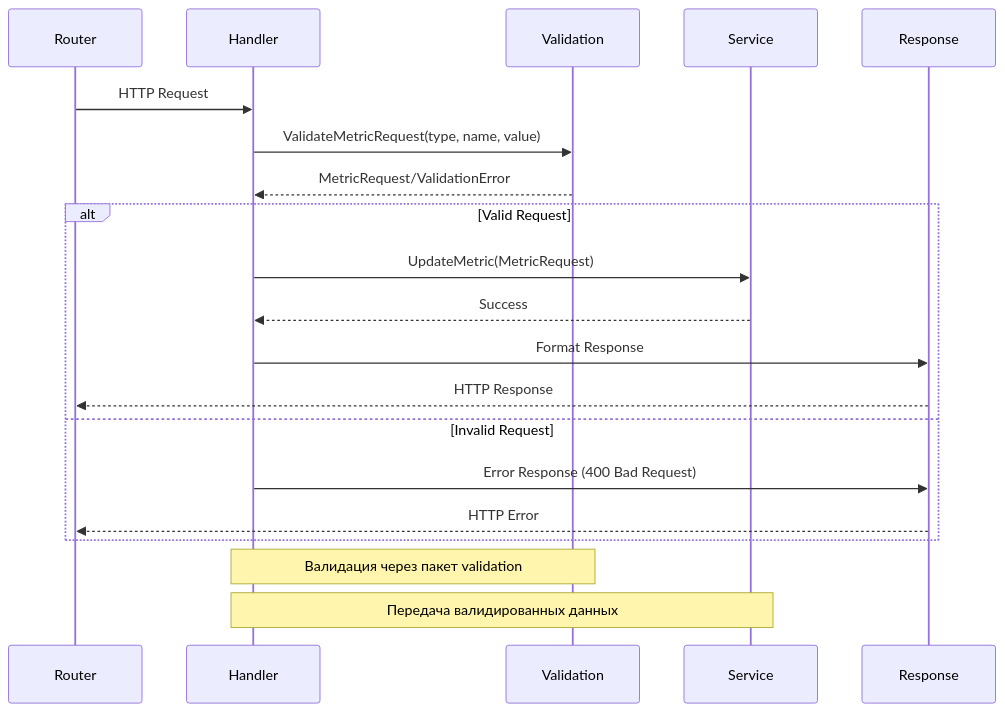
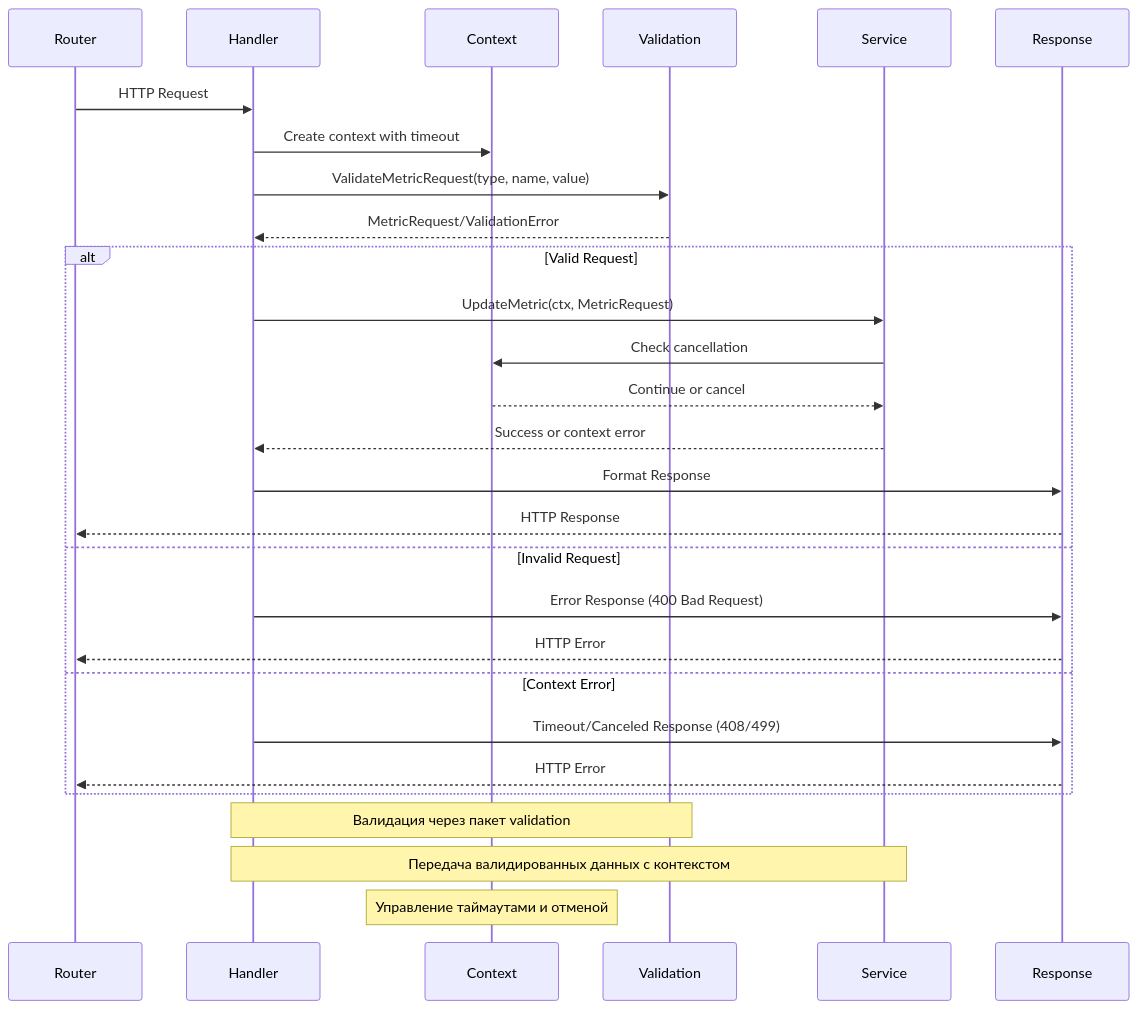
One commit to IgorKilipenko/metrical changed the second of 2 diagrams in internal/handler/README.md. Above: the diagram before and after it, drawn with Mermaid. The commit also changed other lines of this file and 10 other files, not shown here.

````diff
--- a/internal/handler/README.md
+++ b/internal/handler/README.md
@@ -52,25 +60,33 @@
 ```mermaid
 sequenceDiagram
     participant Router
     participant Handler
+    participant Context
     participant Validation
     participant Service
     participant Response
     
     Router->>Handler: HTTP Request
+    Handler->>Context: Create context with timeout
     Handler->>Validation: ValidateMetricRequest(type, name, value)
     Validation-->>Handler: MetricRequest/ValidationError
     
     alt Valid Request
-        Handler->>Service: UpdateMetric(MetricRequest)
-        Service-->>Handler: Success
+        Handler->>Service: UpdateMetric(ctx, MetricRequest)
+        Service->>Context: Check cancellation
+        Context-->>Service: Continue or cancel
+        Service-->>Handler: Success or context error
         Handler->>Response: Format Response
         Response-->>Router: HTTP Response
     else Invalid Request
         Handler->>Response: Error Response (400 Bad Request)
         Response-->>Router: HTTP Error
+    else Context Error
+        Handler->>Response: Timeout/Canceled Response (408/499)
+        Response-->>Router: HTTP Error
     end
     
     Note over Handler,Validation: Валидация через пакет validation
-    Note over Handler,Service: Передача валидированных данных
+    Note over Handler,Service: Передача валидированных данных с контекстом
+    Note over Context: Управление таймаутами и отменой
 ```
````
